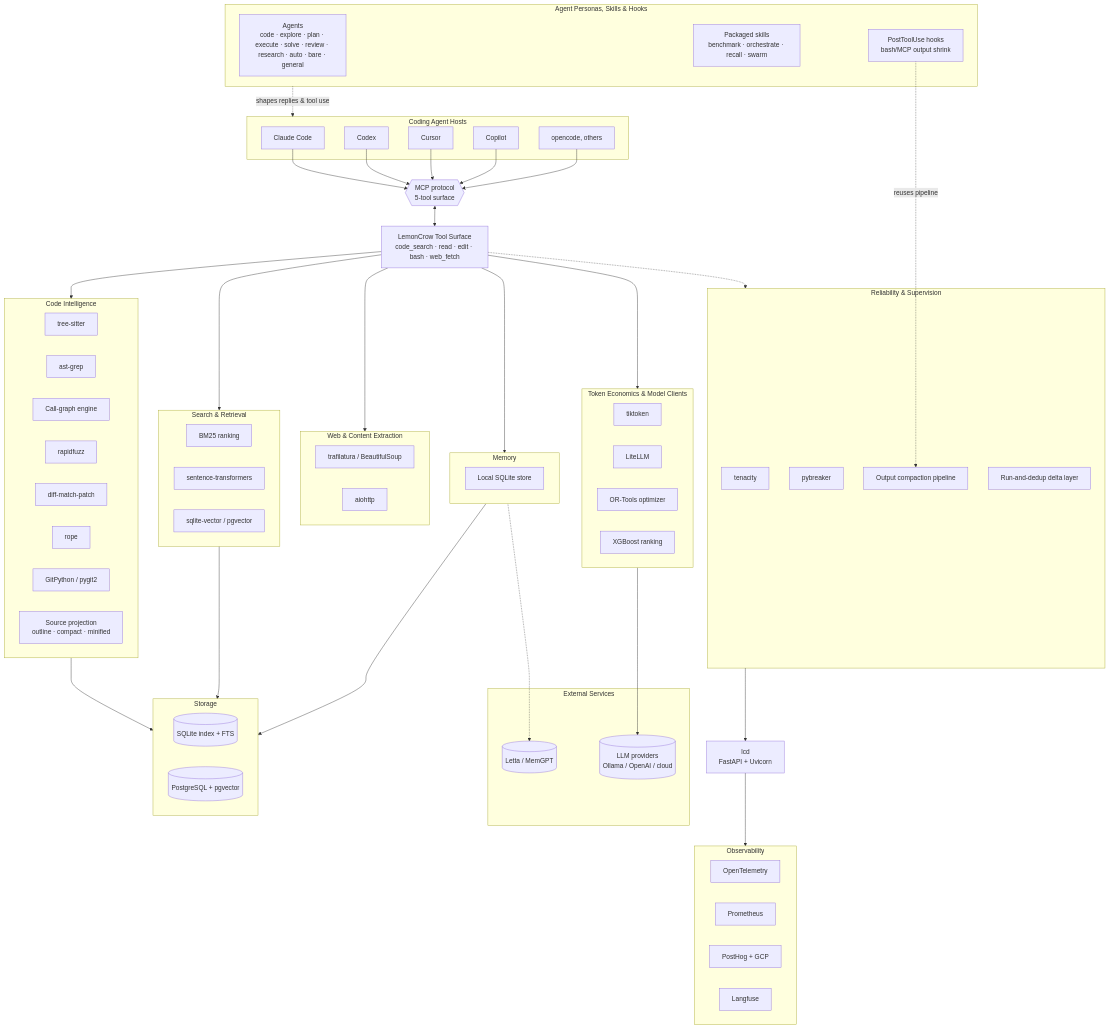
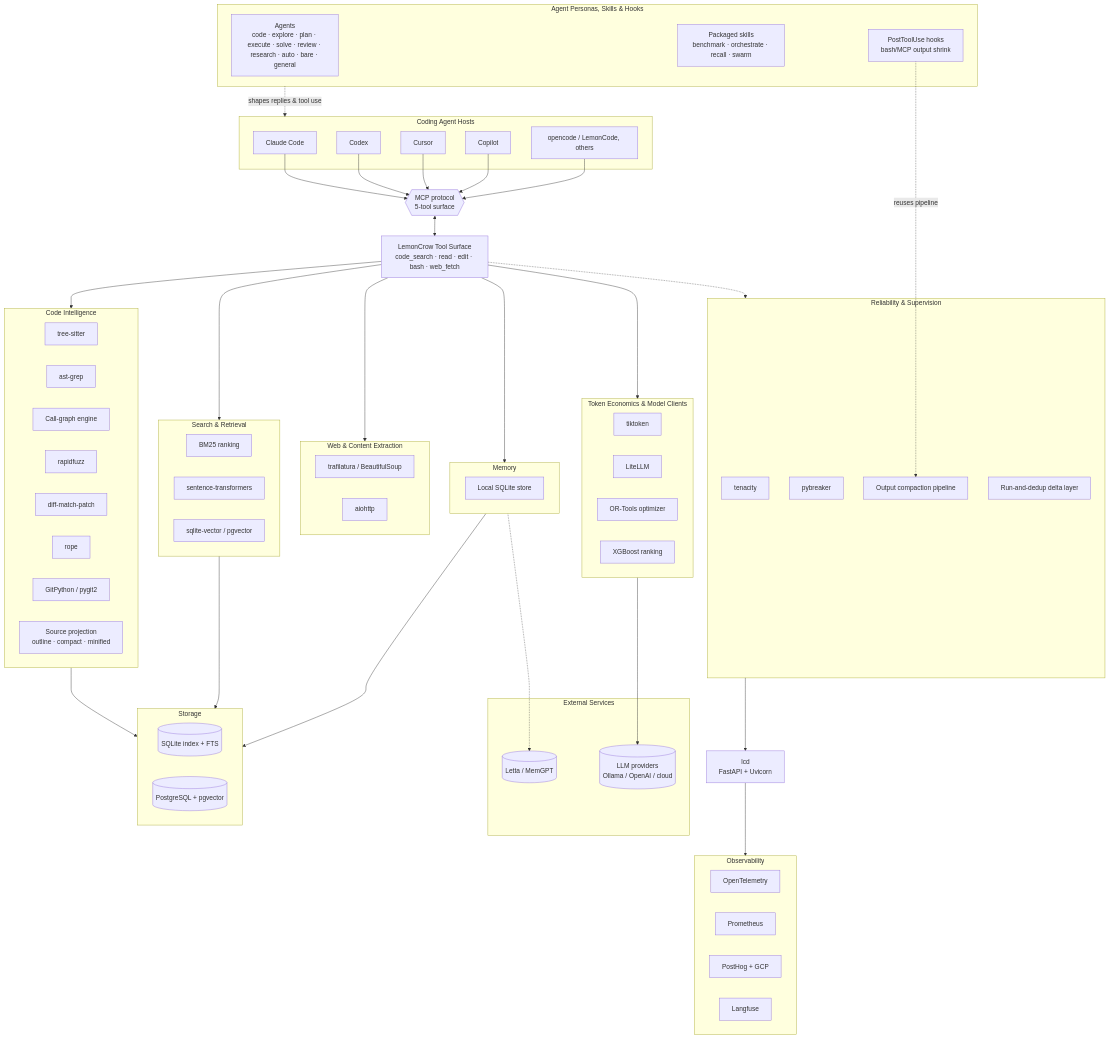
The diagram in docs/reference/architecture.md (lemoncrow-lab/lemoncrow), drawn with Mermaid before and after one commit. The commit also changed other lines of this file and 67 other files, not shown here.

```diff
--- a/docs/reference/architecture.md
+++ b/docs/reference/architecture.md
@@ -11,7 +11,7 @@
         Codex["Codex"]
         Cursor["Cursor"]
         Copilot["Copilot"]
-        OC["opencode, others"]
+        OC["opencode / LemonCode, others"]
     end
 
     subgraph Behavior["Agent Personas, Skills & Hooks"]
```
